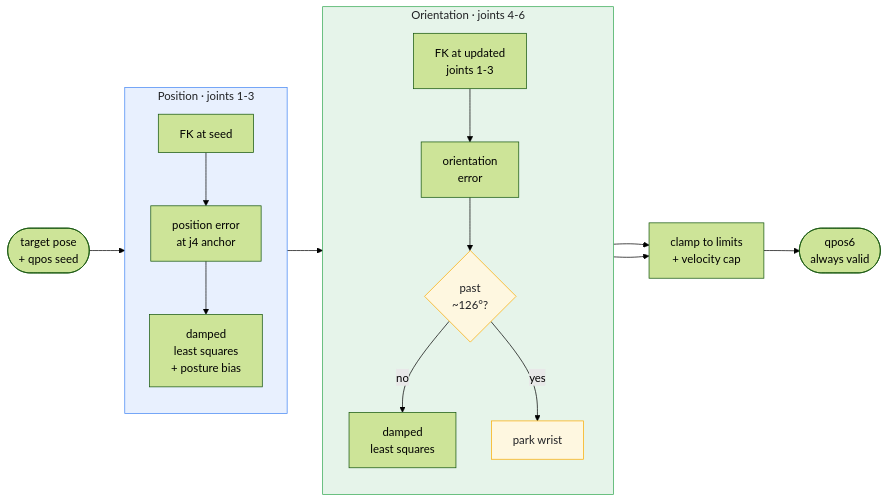
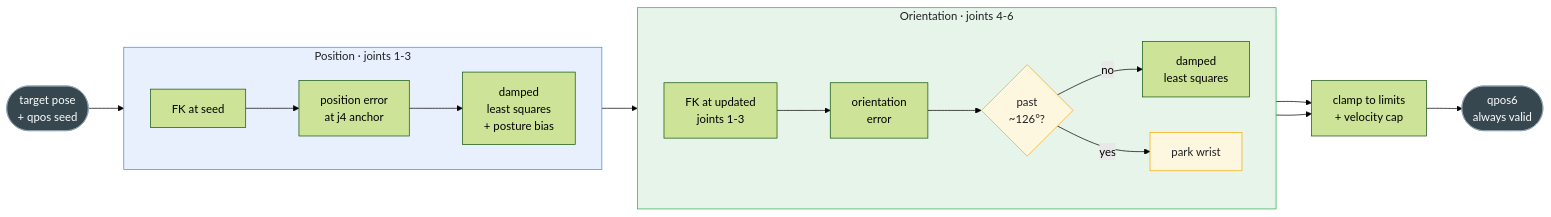
One commit to vovw/vr-teleop-kit changed the diagram in src/vr_teleop_kit/ik/README.md. Above: the diagram before and after it, drawn with Mermaid (forest theme).

Commit message:
documentation

````diff
--- a/src/vr_teleop_kit/ik/README.md
+++ b/src/vr_teleop_kit/ik/README.md
@@ -25,38 +25,40 @@
 ```mermaid
 flowchart LR
     IN(["target pose<br/>+ qpos seed"])
 
     subgraph POS["Position &middot; joints 1-3"]
-        direction TB
+        direction LR
         P1["FK at seed"]
         P2["position error<br/>at j4 anchor"]
         P3["damped<br/>least squares<br/>+ posture bias"]
         P1 --> P2 --> P3
     end
 
     subgraph ROT["Orientation &middot; joints 4-6"]
-        direction TB
+        direction LR
         R1["FK at updated<br/>joints 1-3"]
         R2["orientation<br/>error"]
         R3{"past<br/>~126&deg;?"}
         R4["damped<br/>least squares"]
         R5["park wrist"]
         R1 --> R2 --> R3
         R3 -->|no| R4
         R3 -->|yes| R5
     end
 
     CL["clamp to limits<br/>+ velocity cap"]
     OUT(["qpos6<br/>always valid"])
 
     IN --> P1
     P3 --> R1
     R4 --> CL
     R5 --> CL
     CL --> OUT
 
     classDef guard fill:#fef7e0,stroke:#f9ab00,color:#202124;
     class R3,R5 guard
     style POS fill:#e8f0fe,stroke:#4285f4,color:#202124
     style ROT fill:#e6f4ea,stroke:#34a853,color:#202124
+    style IN fill:#37474f,stroke:#90a4ae,color:#ffffff
+    style OUT fill:#37474f,stroke:#90a4ae,color:#ffffff
 ```
````
